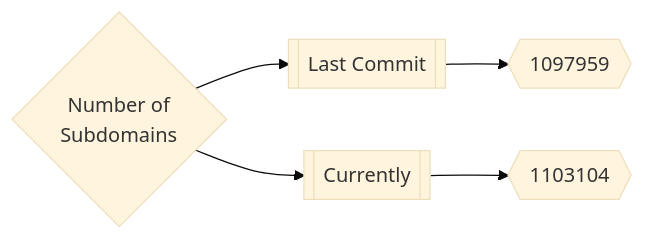
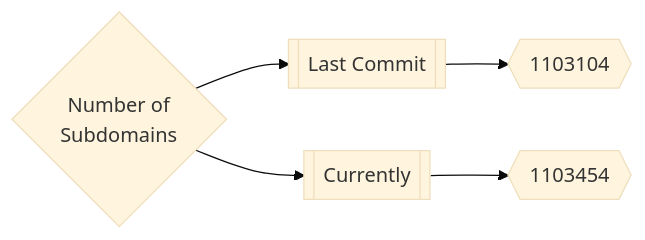
One commit to trickest/inventory changed the first of 3 diagrams in README.md. Above: the diagram before and after it, drawn with Mermaid (base theme). The commit also changed other lines of this file, not shown here.

Commit message:
Update Thu Mar 31 22:00:40 UTC 2022

````diff
--- a/README.md
+++ b/README.md
@@ -165,5 +165,5 @@
 ```mermaid
 graph LR
-title{Number of<br>Subdomains} --> subdomainsDate1[[Last Commit]] --> subdomainsNum1{{1097959}}
-title --> subdomainsDate2[[Currently]] --> subdomainsNum2{{1103104}}
+title{Number of<br>Subdomains} --> subdomainsDate1[[Last Commit]] --> subdomainsNum1{{1103104}}
+title --> subdomainsDate2[[Currently]] --> subdomainsNum2{{1103454}}
 ```
````
